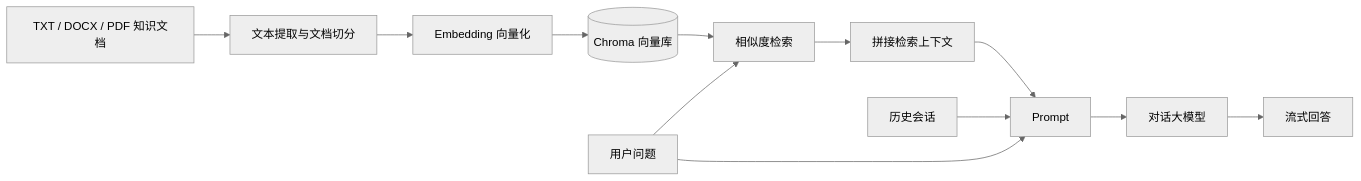
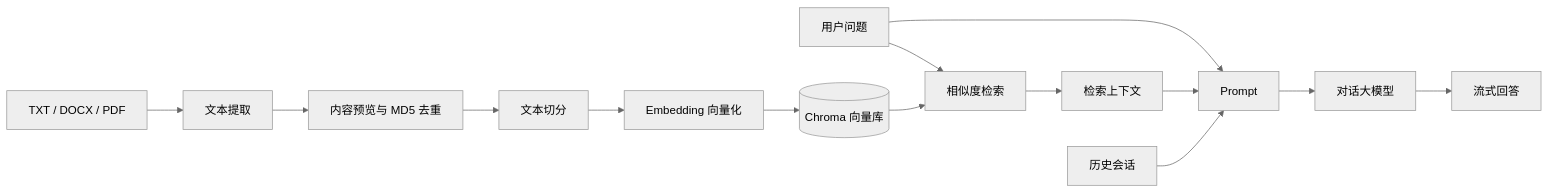
One commit to chua-wang-jun/fashion-rag-qa changed the diagram in README.md. Above: the diagram before and after it, drawn with Mermaid (neutral theme). The commit also changed other lines of this file and 18 other files, not shown here.

````diff
--- a/README.md
+++ b/README.md
@@ -16,15 +48,17 @@
 ```mermaid
 flowchart LR
-    A[TXT / DOCX / PDF 知识文档] --> B[文本提取与文档切分]
-    B --> C[Embedding 向量化]
-    C --> D[(Chroma 向量库)]
+    A[TXT / DOCX / PDF] --> B[文本提取]
+    B --> C[内容预览与 MD5 去重]
+    C --> D[文本切分]
+    D --> E[Embedding 向量化]
+    E --> F[(Chroma 向量库)]
 
-    Q[用户问题] --> E[相似度检索]
-    D --> E
-    E --> F[拼接检索上下文]
-    H[历史会话] --> G[Prompt]
+    Q[用户问题] --> G[相似度检索]
     F --> G
-    Q --> G
-    G --> I[对话大模型]
-    I --> J[流式回答]
+    G --> H[检索上下文]
+    Q --> I[Prompt]
+    H --> I
+    J[历史会话] --> I
+    I --> K[对话大模型]
+    K --> L[流式回答]
 ```
````
